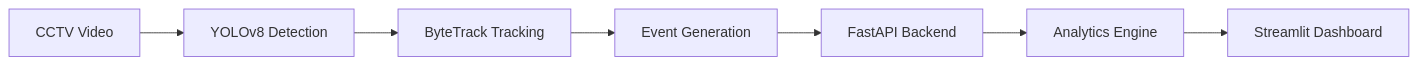
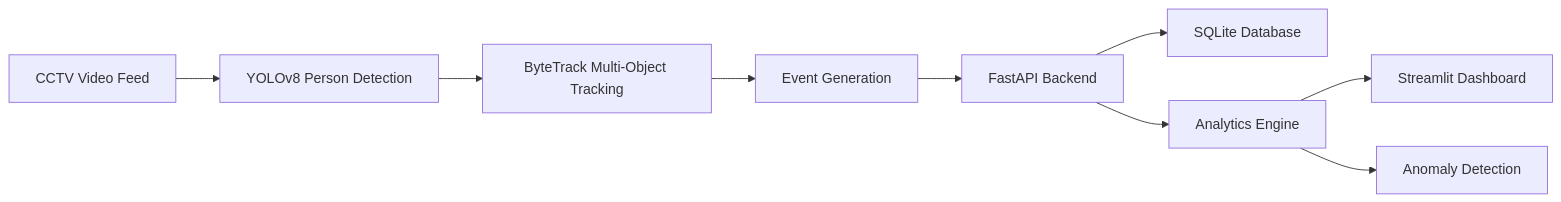
One commit to Sivasai517/store-intelligence-system changed the diagram in README.md. Above: the diagram before and after it, drawn with Mermaid. The commit also changed other lines of this file, not shown here.

````diff
--- a/README.md
+++ b/README.md
@@ -7,9 +14,11 @@
 ```mermaid
-graph LR
-    CCTV[CCTV Video] --> YOLO[YOLOv8 Detection]
-    YOLO --> ByteTrack[ByteTrack Tracking]
-    ByteTrack --> Emit[Event Generation]
-    Emit --> FastAPI[FastAPI Backend]
-    FastAPI --> Analytics[Analytics Engine]
-    Analytics --> Streamlit[Streamlit Dashboard]
+flowchart LR
+    A[CCTV Video Feed] --> B[YOLOv8 Person Detection]
+    B --> C[ByteTrack Multi-Object Tracking]
+    C --> D[Event Generation]
+    D --> E[FastAPI Backend]
+    E --> F[SQLite Database]
+    E --> G[Analytics Engine]
+    G --> H[Streamlit Dashboard]
+    G --> I[Anomaly Detection]
 ```
````
